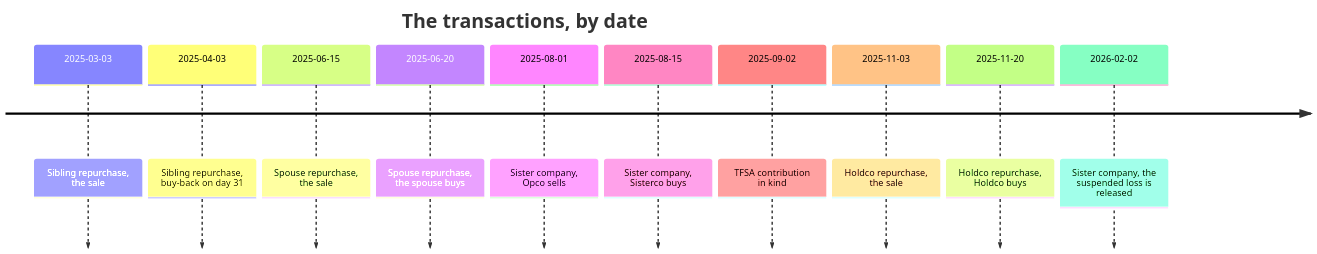
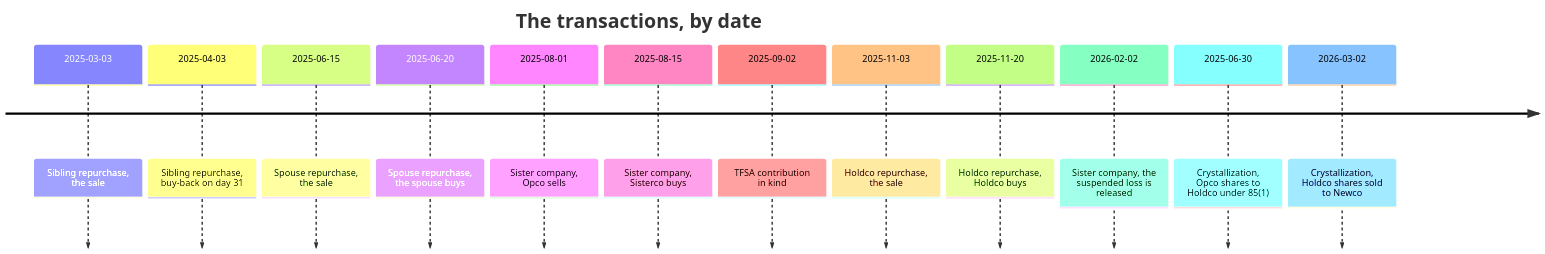
One commit to SeanWMurray/Canteen changed the third of 4 diagrams in docs/graphs/dashboard.md. Above: the diagram before and after it, drawn with Mermaid. The commit also changed other lines of this file and 10 other files, not shown here.

````diff
--- a/docs/graphs/dashboard.md
+++ b/docs/graphs/dashboard.md
@@ -49,14 +50,16 @@
 ```mermaid
 timeline
     title The transactions, by date
     2025-03-03 : Sibling repurchase, the sale
     2025-04-03 : Sibling repurchase, buy-back on day 31
     2025-06-15 : Spouse repurchase, the sale
     2025-06-20 : Spouse repurchase, the spouse buys
     2025-08-01 : Sister company, Opco sells
     2025-08-15 : Sister company, Sisterco buys
     2025-09-02 : TFSA contribution in kind
     2025-11-03 : Holdco repurchase, the sale
     2025-11-20 : Holdco repurchase, Holdco buys
     2026-02-02 : Sister company, the suspended loss is released
+    2025-06-30 : Crystallization, Opco shares to Holdco under 85(1)
+    2026-03-02 : Crystallization, Holdco shares sold to Newco
 ```
````
